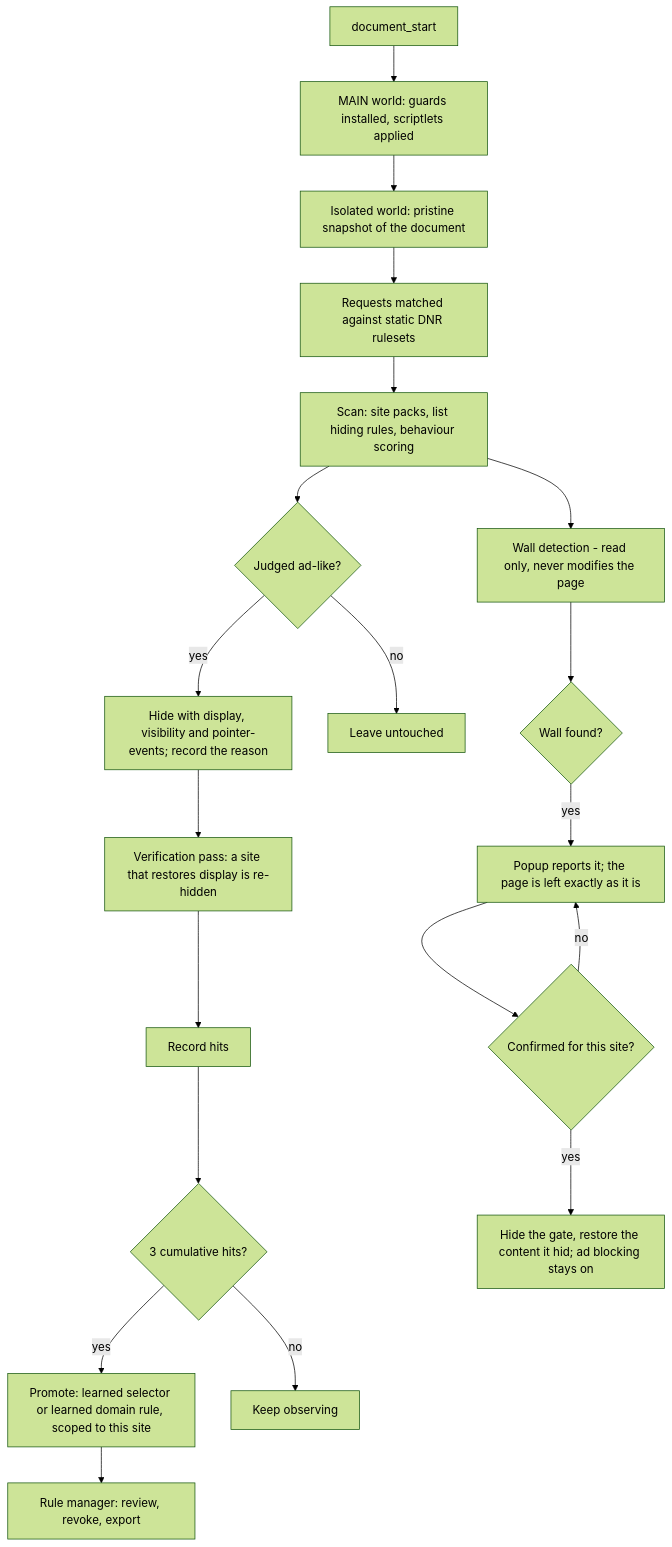
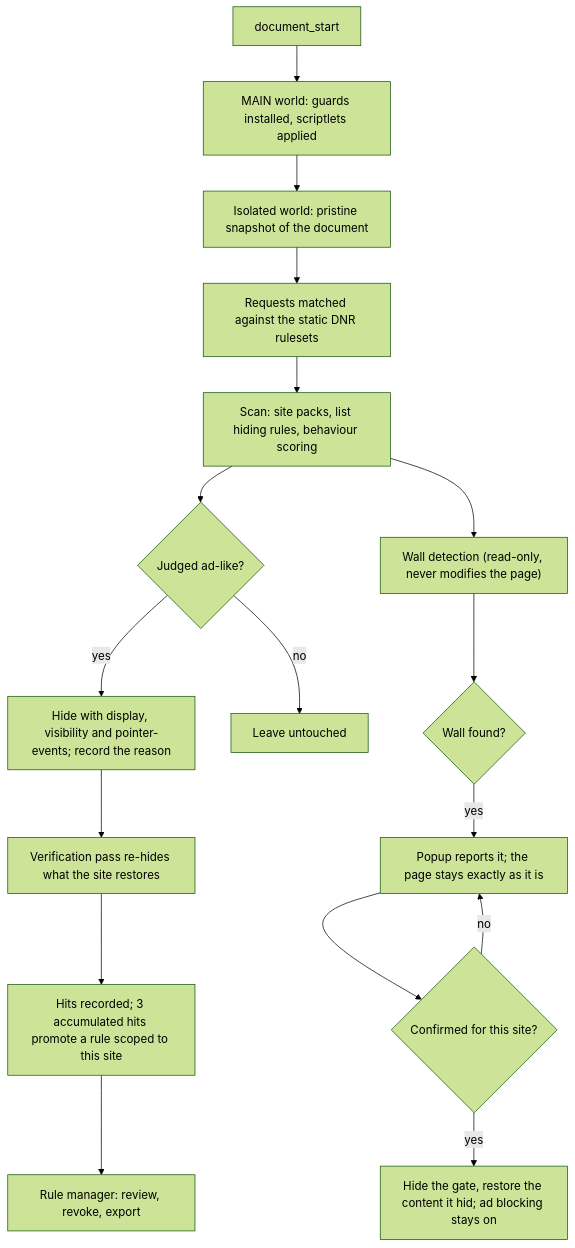
One commit to jfxia/AdBlow changed the diagram in docs/diagrams/flow-en.mmd. Above: the diagram before and after it, drawn with Mermaid (forest theme). The commit also changed 9 other files, not shown here.

First line of the commit message:
fix(readme): 优化两张图的可读性，并删除图下方的说明行

```diff
--- a/docs/diagrams/flow-en.mmd
+++ b/docs/diagrams/flow-en.mmd
@@ -1,20 +1,17 @@
 flowchart TD
   start["document_start"] --> a["MAIN world: guards installed, scriptlets applied"]
   a --> b["Isolated world: pristine snapshot of the document"]
-  b --> c["Requests matched against static DNR rulesets"]
+  b --> c["Requests matched against the static DNR rulesets"]
   c --> d["Scan: site packs, list hiding rules, behaviour scoring"]
   d --> e{"Judged ad-like?"}
   e -->|"yes"| f["Hide with display, visibility and pointer-events; record the reason"]
   e -->|"no"| g["Leave untouched"]
-  f --> h["Verification pass: a site that restores display is re-hidden"]
-  h --> i["Record hits"]
-  i --> j{"3 cumulative hits?"}
-  j -->|"yes"| k["Promote: learned selector or learned domain rule, scoped to this site"]
-  j -->|"no"| l["Keep observing"]
-  k --> m["Rule manager: review, revoke, export"]
-  d --> n["Wall detection - read only, never modifies the page"]
-  n --> o{"Wall found?"}
-  o -->|"yes"| p["Popup reports it; the page is left exactly as it is"]
-  p --> q{"Confirmed for this site?"}
-  q -->|"yes"| r["Hide the gate, restore the content it hid; ad blocking stays on"]
-  q -->|"no"| p
+  f --> h["Verification pass re-hides what the site restores"]
+  h --> i["Hits recorded; 3 accumulated hits promote a rule scoped to this site"]
+  i --> j["Rule manager: review, revoke, export"]
+  d --> k["Wall detection (read-only, never modifies the page)"]
+  k --> l{"Wall found?"}
+  l -->|"yes"| m["Popup reports it; the page stays exactly as it is"]
+  m --> n{"Confirmed for this site?"}
+  n -->|"yes"| o["Hide the gate, restore the content it hid; ad blocking stays on"]
+  n -->|"no"| m
```
